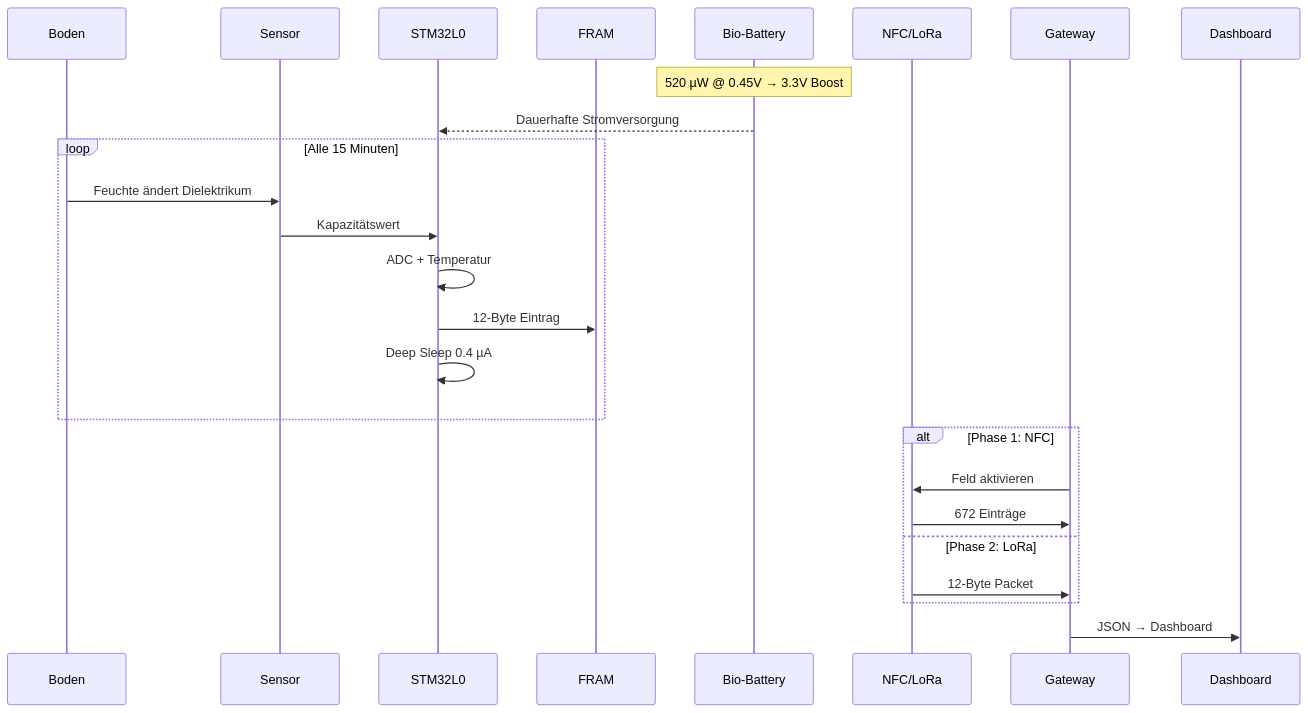
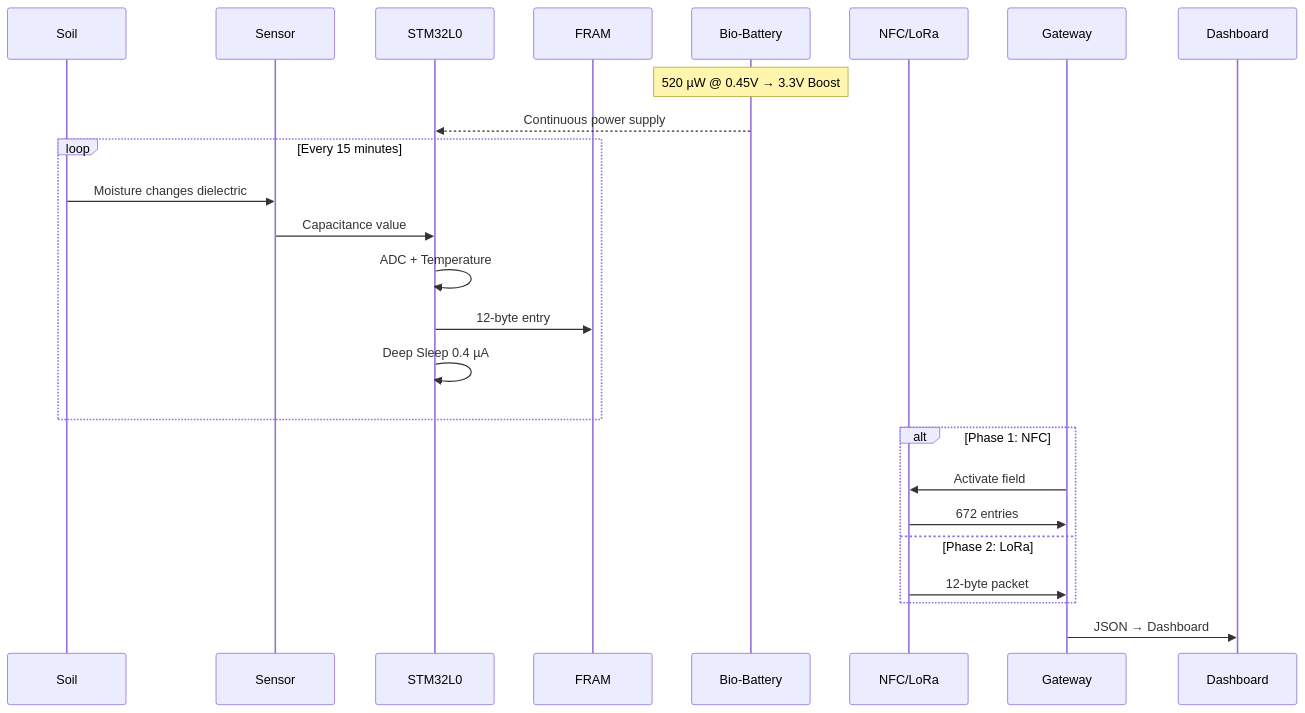
Before and after one commit to tobias-weiss-ai-xr/mykovolt: the third of 8 diagrams in README.md, drawn with Mermaid. The commit also changed other lines of this file and 1 other file, not shown here.

````diff
--- a/README.md
+++ b/README.md
@@ -143,30 +143,30 @@
 ```mermaid
 sequenceDiagram
-    participant S as Boden
+    participant S as Soil
     participant SE as Sensor
     participant MCU as STM32L0
     participant F as FRAM
     participant B as Bio-Battery
     participant N as NFC/LoRa
     participant G as Gateway
     participant D as Dashboard
 
     Note over B: 520 µW @ 0.45V → 3.3V Boost
-    B-->>MCU: Dauerhafte Stromversorgung
+    B-->>MCU: Continuous power supply
 
-    loop Alle 15 Minuten
-        S->>SE: Feuchte ändert Dielektrikum
-        SE->>MCU: Kapazitätswert
-        MCU->>MCU: ADC + Temperatur
-        MCU->>F: 12-Byte Eintrag
+    loop Every 15 minutes
+        S->>SE: Moisture changes dielectric
+        SE->>MCU: Capacitance value
+        MCU->>MCU: ADC + Temperature
+        MCU->>F: 12-byte entry
         MCU->>MCU: Deep Sleep 0.4 µA
     end
 
     alt Phase 1: NFC
-        G->>N: Feld aktivieren
-        N->>G: 672 Einträge
+        G->>N: Activate field
+        N->>G: 672 entries
     else Phase 2: LoRa
-        N->>G: 12-Byte Packet
+        N->>G: 12-byte packet
     end
     G->>D: JSON → Dashboard
 ```
````
